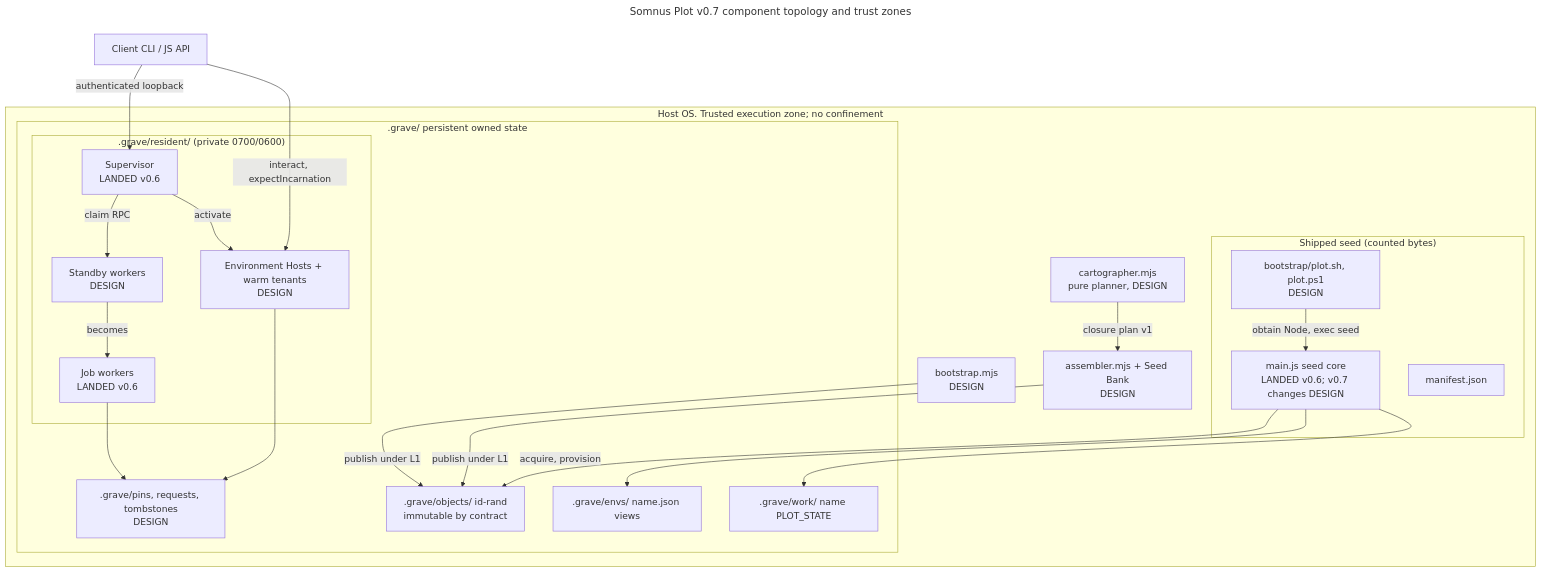
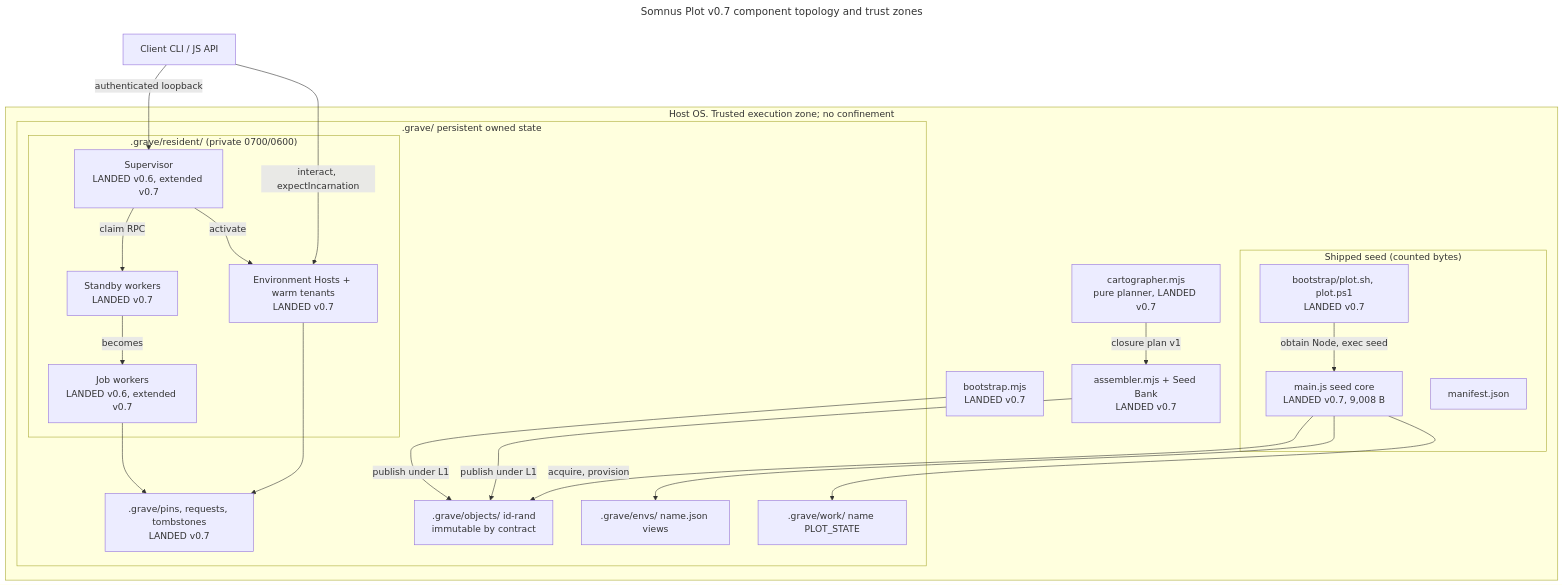
Before and after one commit to calisweetleaf/somnus-plot: the second of 7 diagrams in WHITEPAPER.md, drawn with Mermaid. The commit also changed other lines of this file and 35 other files, not shown here.

````diff
--- a/WHITEPAPER.md
+++ b/WHITEPAPER.md
@@ -200,42 +218,42 @@
 ```mermaid
 ---
 title: Somnus Plot v0.7 component topology and trust zones
 ---
 flowchart TB
   subgraph HOST["Host OS. Trusted execution zone; no confinement"]
     subgraph SHIP["Shipped seed (counted bytes)"]
-      CORE["main.js seed core<br/>LANDED v0.6; v0.7 changes DESIGN"]
+      CORE["main.js seed core<br/>LANDED v0.7, 9,008 B"]
       MAN["manifest.json"]
-      BOOT["bootstrap/plot.sh, plot.ps1<br/>DESIGN"]
+      BOOT["bootstrap/plot.sh, plot.ps1<br/>LANDED v0.7"]
     end
     subgraph GRAVE[".grave/ persistent owned state"]
       OBJ[".grave/objects/ id-rand<br/>immutable by contract"]
       ENVS[".grave/envs/ name.json views"]
       WORK[".grave/work/ name PLOT_STATE"]
-      PINS[".grave/pins, requests, tombstones<br/>DESIGN"]
+      PINS[".grave/pins, requests, tombstones<br/>LANDED v0.7"]
       subgraph RES[".grave/resident/ (private 0700/0600)"]
-        SUP["Supervisor<br/>LANDED v0.6"]
-        SB["Standby workers<br/>DESIGN"]
-        JOB["Job workers<br/>LANDED v0.6"]
-        EH["Environment Hosts + warm tenants<br/>DESIGN"]
+        SUP["Supervisor<br/>LANDED v0.6, extended v0.7"]
+        SB["Standby workers<br/>LANDED v0.7"]
+        JOB["Job workers<br/>LANDED v0.6, extended v0.7"]
+        EH["Environment Hosts + warm tenants<br/>LANDED v0.7"]
       end
     end
-    CART["cartographer.mjs<br/>pure planner, DESIGN"]
-    ASM["assembler.mjs + Seed Bank<br/>DESIGN"]
-    BSC["bootstrap.mjs<br/>DESIGN"]
+    CART["cartographer.mjs<br/>pure planner, LANDED v0.7"]
+    ASM["assembler.mjs + Seed Bank<br/>LANDED v0.7"]
+    BSC["bootstrap.mjs<br/>LANDED v0.7"]
   end
   CLIENT["Client CLI / JS API"] -->|authenticated loopback| SUP
   CORE -->|acquire, provision| OBJ
   CORE --> ENVS
   CORE --> WORK
   SUP -->|claim RPC| SB
   SB -->|becomes| JOB
   SUP -->|activate| EH
   CLIENT -->|interact, expectIncarnation| EH
   CART -->|closure plan v1| ASM
   ASM -->|publish under L1| OBJ
   BOOT -->|obtain Node, exec seed| CORE
   BSC -->|publish under L1| OBJ
   JOB --> PINS
   EH --> PINS
 ```
````
